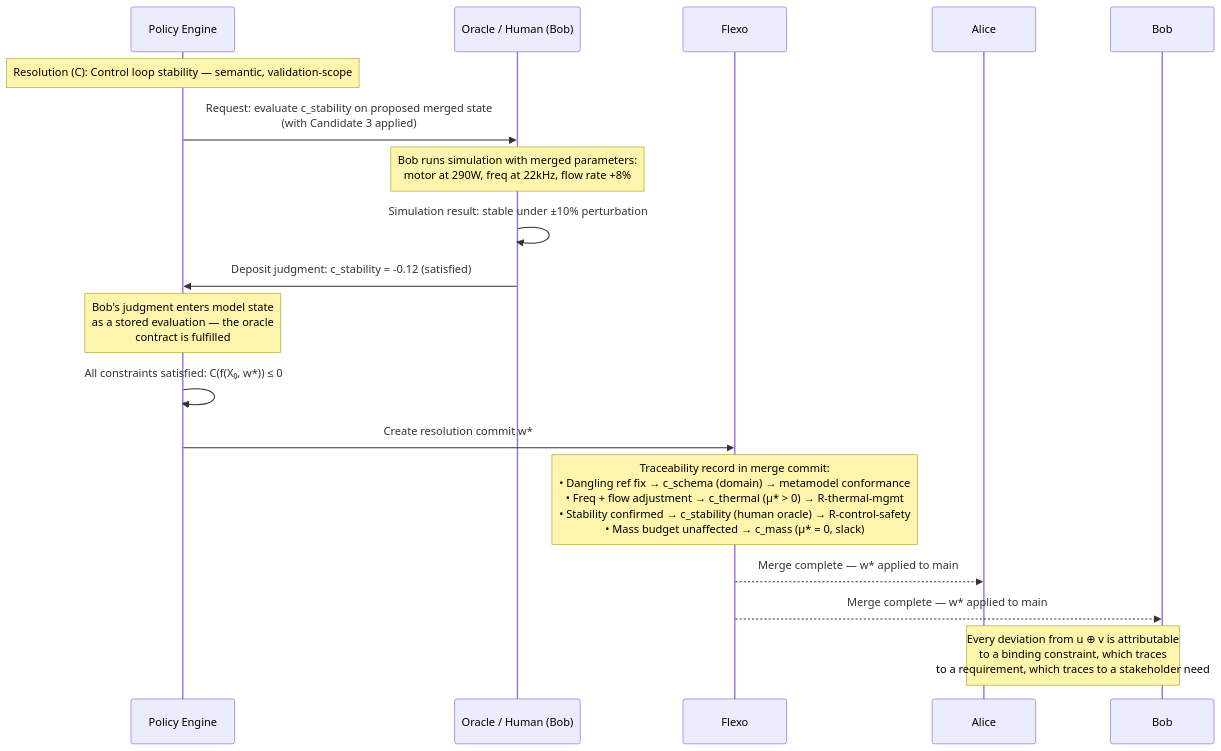
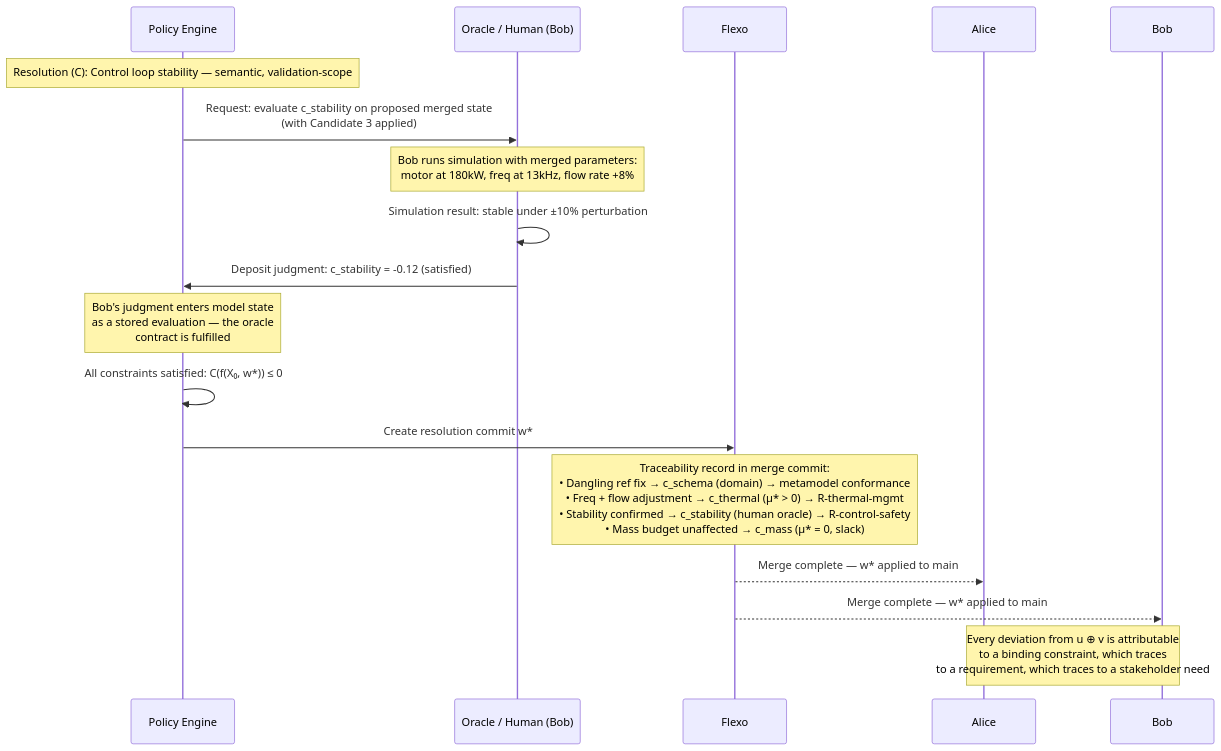
Before and after one commit to mzargham/flexo-conflict-resolution-policy-research: the fifth of 6 diagrams in A Policy-based Approach to Model Lifecycle Management with Flexo.md, drawn with Mermaid. The commit also changed other lines of this file, not shown here.

````diff
--- a/A Policy-based Approach to Model Lifecycle Management with Flexo.md
+++ b/A Policy-based Approach to Model Lifecycle Management with Flexo.md
@@ -250,27 +250,27 @@
 ```mermaid
 sequenceDiagram
     participant PE as Policy Engine
     participant H as Oracle / Human (Bob)
     participant F as Flexo
     participant A as Alice
     participant B as Bob
 
     Note over PE: Resolution (C): Control loop stability — semantic, validation-scope
 
     PE->>H: Request: evaluate c_stability on proposed merged state<br/>(with Candidate 3 applied)
-    Note over H: Bob runs simulation with merged parameters:<br/>motor at 290W, freq at 22kHz, flow rate +8%
+    Note over H: Bob runs simulation with merged parameters:<br/>motor at 180kW, freq at 13kHz, flow rate +8%
     H->>H: Simulation result: stable under ±10% perturbation
     H->>PE: Deposit judgment: c_stability = -0.12 (satisfied)
     Note over PE: Bob's judgment enters model state<br/>as a stored evaluation — the oracle<br/>contract is fulfilled
 
     PE->>PE: All constraints satisfied: C(f(X₀, w*)) ≤ 0
 
     PE->>F: Create resolution commit w*
 
     Note over F: Traceability record in merge commit:<br/>• Dangling ref fix → c_schema (domain) → metamodel conformance<br/>• Freq + flow adjustment → c_thermal (μ* > 0) → R-thermal-mgmt<br/>• Stability confirmed → c_stability (human oracle) → R-control-safety<br/>• Mass budget unaffected → c_mass (μ* = 0, slack)
 
     F-->>A: Merge complete — w* applied to main
     F-->>B: Merge complete — w* applied to main
 
     Note over A, B: Every deviation from u ⊕ v is attributable<br/>to a binding constraint, which traces<br/>to a requirement, which traces to a stakeholder need
 ```
````
